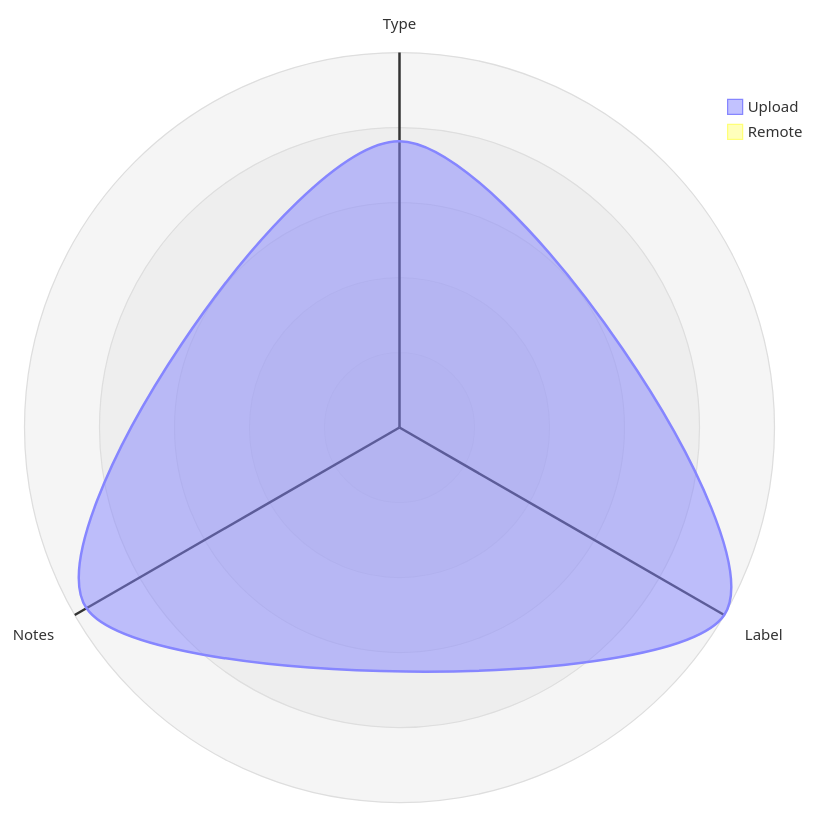
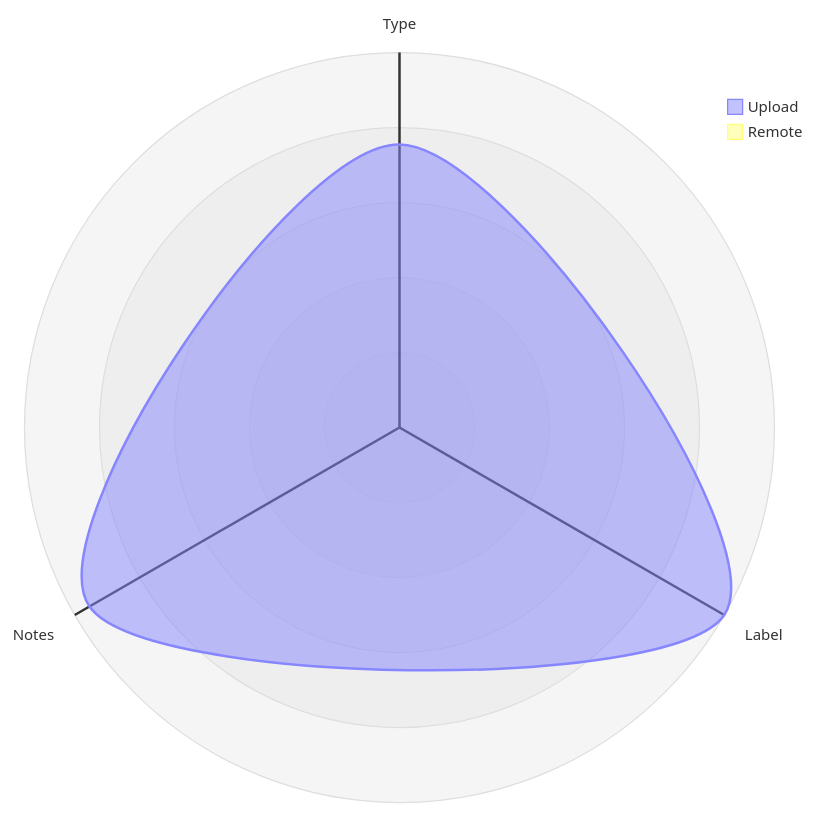
Before and after one commit to open-data/analytics-corporate-reporting: the third of 5 diagrams in datastore_tracker/README.md, drawn with Mermaid. The commit also changed other lines of this file and 8 other files, not shown here.

````diff
--- a/datastore_tracker/README.md
+++ b/datastore_tracker/README.md
@@ -104,12 +104,12 @@
 ```mermaid
 radar-beta
   axis T["Type"], L["Label"], N["Notes"]
-  curve u["Upload"]{0.00084, 0.0011, 0.00106}
+  curve u["Upload"]{0.00083, 0.0011, 0.00105}
   curve r["Remote"]{0, 0, 0}
 
   showLegend true
 
   min 0
   graticule circle
   ticks 5
 ```
````
